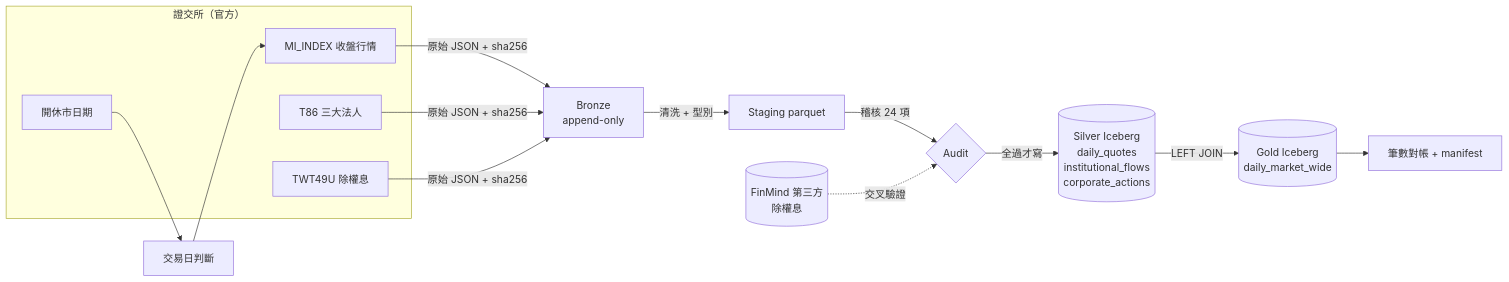
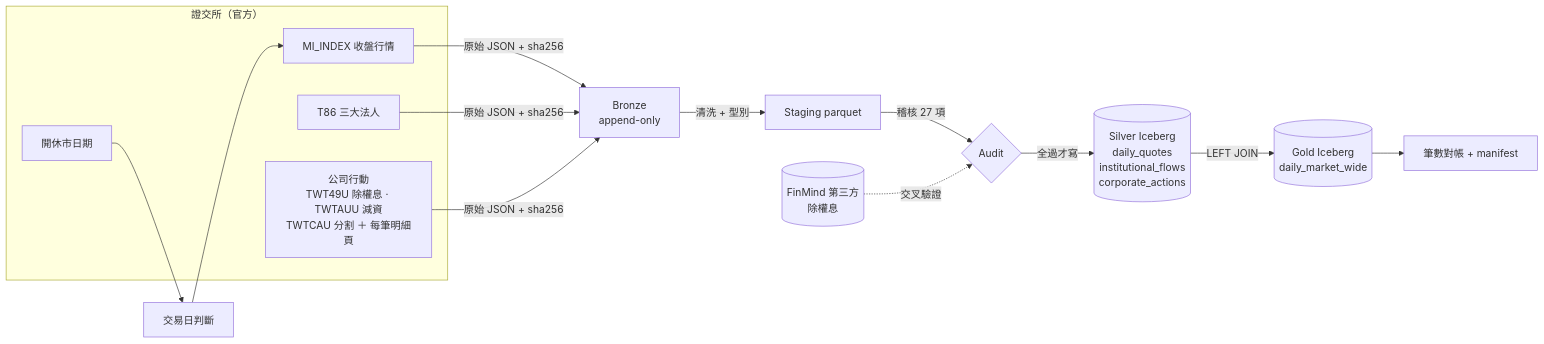
The first of 2 diagrams in README.md (smpss92118/twse-lakehouse-etl), drawn with Mermaid before and after one commit. The commit also changed other lines of this file and 144 other files, not shown here.

````diff
--- a/README.md
+++ b/README.md
@@ -9,18 +9,18 @@
 ```mermaid
 flowchart LR
   subgraph TWSE["證交所（官方）"]
     MI[MI_INDEX 收盤行情]
     T86[T86 三大法人]
-    T49[TWT49U 除權息]
+    T49[公司行動<br/>TWT49U 除權息 · TWTAUU 減資<br/>TWTCAU 分割 ＋ 每筆明細頁]
     HOL[開休市日期]
   end
   V[(FinMind 第三方<br/>除權息)]
   MI & T86 & T49 -->|原始 JSON + sha256| B[Bronze<br/>append-only]
   B -->|清洗 + 型別| S[Staging parquet]
-  S -->|稽核 24 項| A{Audit}
+  S -->|稽核 27 項| A{Audit}
   V -.交叉驗證.-> A
   A -->|全過才寫| SV[(Silver Iceberg<br/>daily_quotes<br/>institutional_flows<br/>corporate_actions)]
   SV -->|LEFT JOIN| G[(Gold Iceberg<br/>daily_market_wide)]
   G --> R[筆數對帳 + manifest]
   HOL --> GATE[交易日判斷] --> MI
 ```
````
